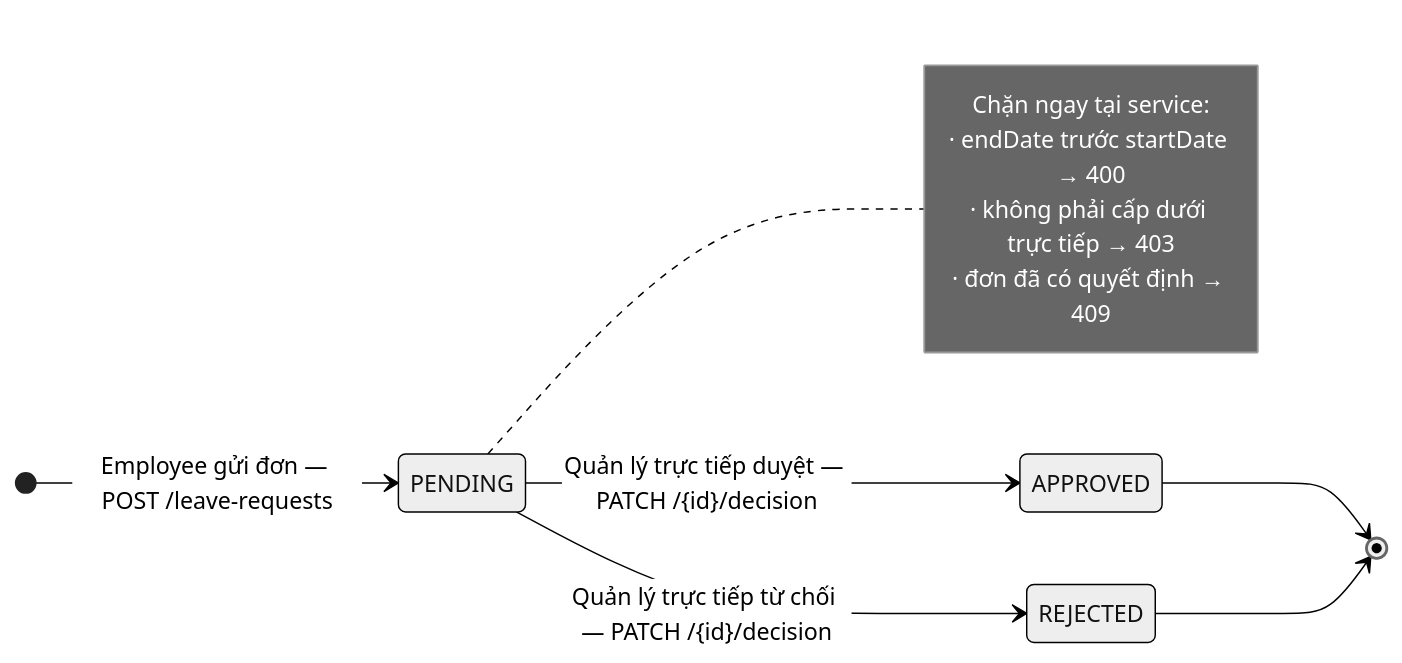
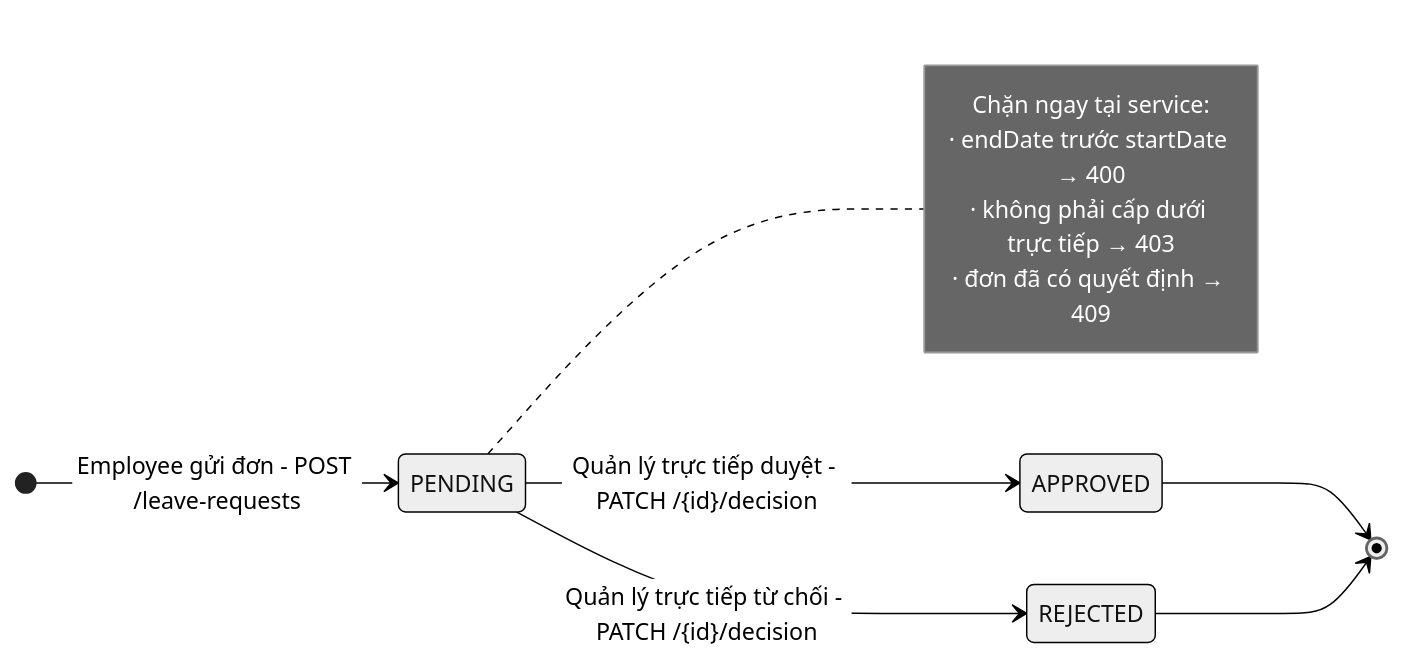
Before and after one commit to Lucky160706/Employee-Workflow-and-Leave-Management-Platform: the third of 4 diagrams in README.md, drawn with Mermaid (neutral theme). The commit also changed other lines of this file and 5 other files, not shown here.

````diff
--- a/README.md
+++ b/README.md
@@ -220,16 +220,16 @@
 ```mermaid
 stateDiagram-v2
     direction LR
-    [*] --> PENDING: Employee gửi đơn — POST /leave-requests
-    PENDING --> APPROVED: Quản lý trực tiếp duyệt — PATCH /{id}/decision
-    PENDING --> REJECTED: Quản lý trực tiếp từ chối — PATCH /{id}/decision
+    [*] --> PENDING: Employee gửi đơn - POST /leave-requests
+    PENDING --> APPROVED: Quản lý trực tiếp duyệt - PATCH /{id}/decision
+    PENDING --> REJECTED: Quản lý trực tiếp từ chối - PATCH /{id}/decision
     APPROVED --> [*]
     REJECTED --> [*]
 
     note right of PENDING
         Chặn ngay tại service:
         · endDate trước startDate → 400
         · không phải cấp dưới trực tiếp → 403
         · đơn đã có quyết định → 409
     end note
 ```
````
